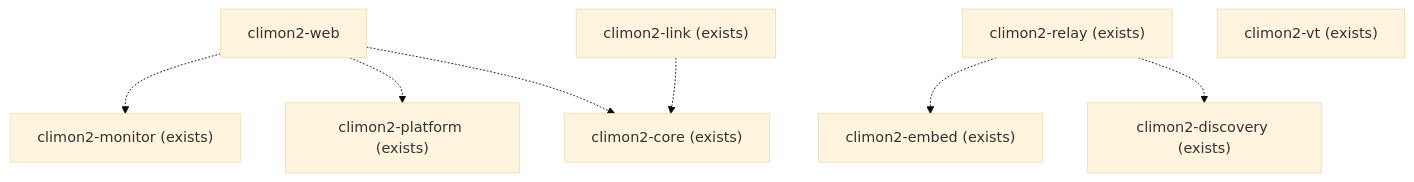
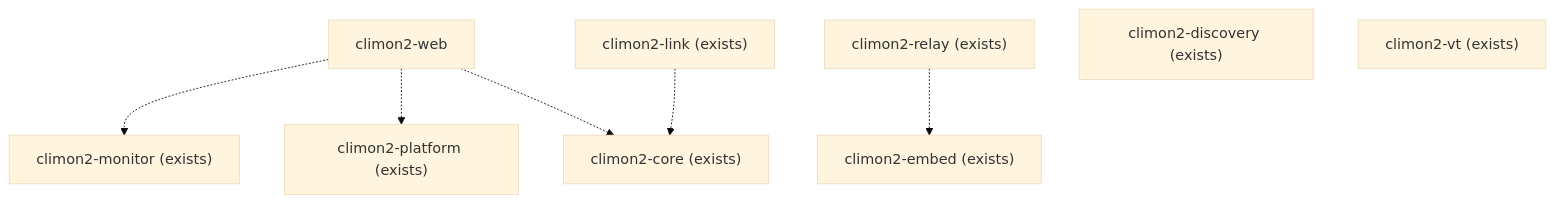
One commit to jackgeek/climon2 changed the second of 3 diagrams in docs/for-humans/architecture/crate-relationships.md. Above: the diagram before and after it, drawn with Mermaid (base theme). The commit also changed other lines of this file and 8 other files, not shown here.

````diff
--- a/docs/for-humans/architecture/crate-relationships.md
+++ b/docs/for-humans/architecture/crate-relationships.md
@@ -86,19 +87,18 @@
 ```mermaid
 flowchart TB
     web["climon2-web"]
     relay["climon2-relay (exists)"]
     monitor["climon2-monitor (exists)"]
     embed["climon2-embed (exists)"]
     link["climon2-link (exists)"]
     discovery["climon2-discovery (exists)"]
     platform["climon2-platform (exists)"]
     core["climon2-core (exists)"]
     vt["climon2-vt (exists)"]
 
     web -.-> monitor
     web -.-> platform
     web -.-> core
     relay -.-> embed
-    relay -.-> discovery
     link -.-> core
 ```
````
